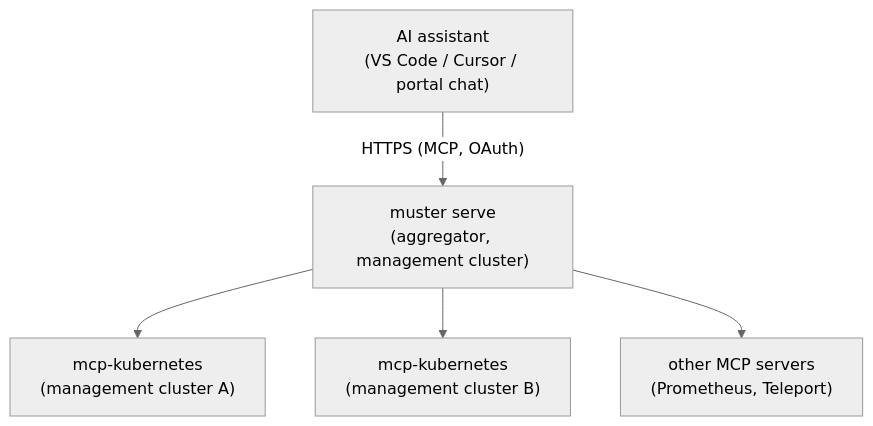
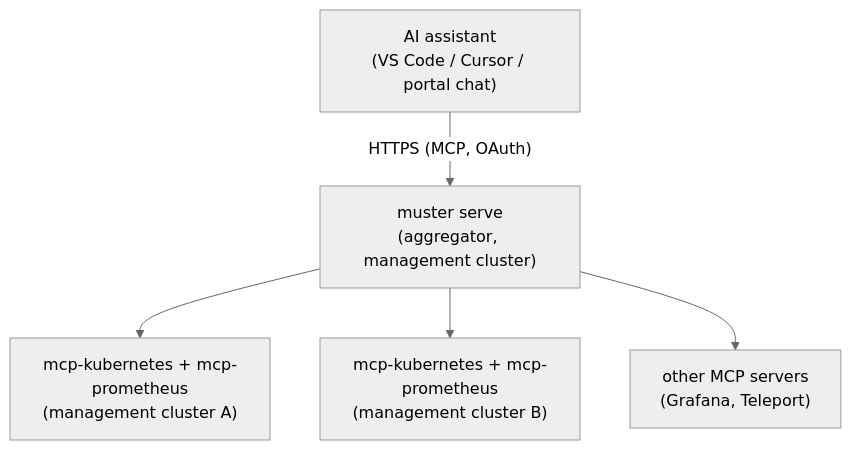
The first of 2 diagrams in src/content/overview/ai-agents/architecture/index.md (giantswarm/docs), drawn with Mermaid (neutral theme) before and after one commit. The commit also changed other lines of this file and 3 other files, not shown here.

First line of the commit message:
docs(ai-agents): note mcp-prometheus runs per management cluster

```diff
--- a/src/content/overview/ai-agents/architecture/index.md
+++ b/src/content/overview/ai-agents/architecture/index.md
@@ -24,13 +24,13 @@
 {{< mermaid >}}
 flowchart TB
   client["AI assistant<br/>(VS Code / Cursor / portal chat)"]
   serve["muster serve<br/>(aggregator, management cluster)"]
-  k8sA["mcp-kubernetes<br/>(management cluster A)"]
-  k8sB["mcp-kubernetes<br/>(management cluster B)"]
-  other["other MCP servers<br/>(Prometheus, Teleport)"]
+  k8sA["mcp-kubernetes + mcp-prometheus<br/>(management cluster A)"]
+  k8sB["mcp-kubernetes + mcp-prometheus<br/>(management cluster B)"]
+  other["other MCP servers<br/>(Grafana, Teleport)"]
 
   client -- "HTTPS (MCP, OAuth)" --> serve
   serve --> k8sA
   serve --> k8sB
   serve --> other
 {{< /mermaid >}}
```
